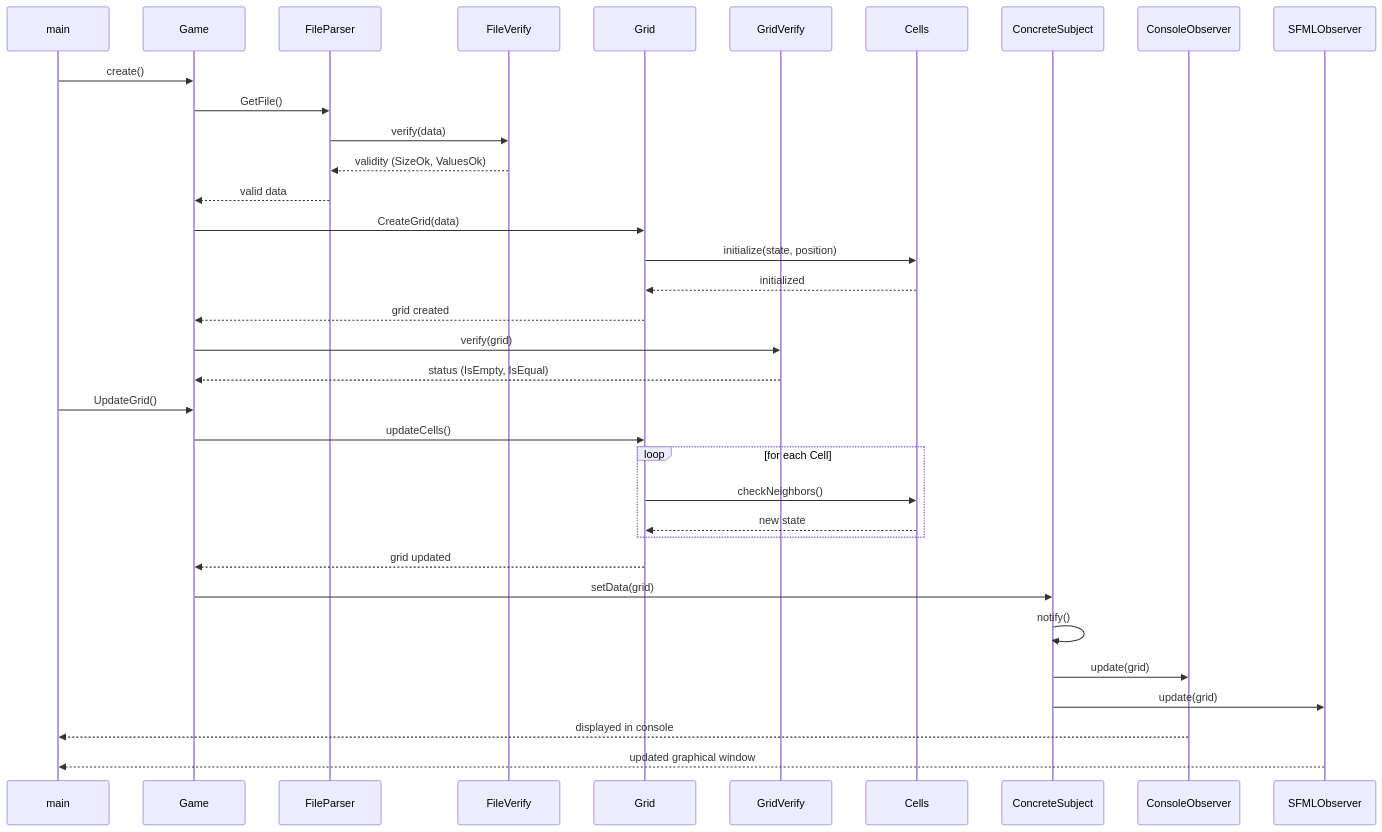
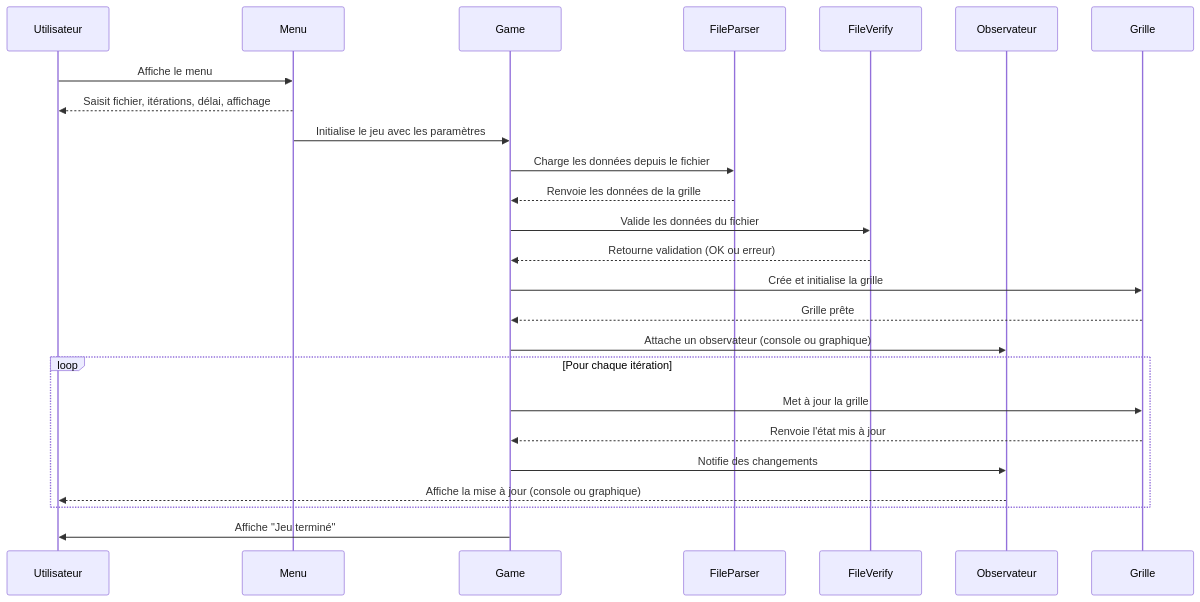
The diagram in Diagrams/SequenceDiagram.mmd (Luis06000/game-of-life), drawn with Mermaid before and after one commit.

Commit message:
Sequence Diagram

```diff
--- a/Diagrams/SequenceDiagram.mmd
+++ b/Diagrams/SequenceDiagram.mmd
@@ -1,47 +1,35 @@
 sequenceDiagram
-    participant main
-    participant Game
-    participant FileParser
-    participant FileVerify
-    participant Grid
-    participant GridVerify
-    participant Cells
-    participant ConcreteSubject
-    participant ConsoleObserver
-    participant SFMLObserver
+    participant User as Utilisateur
+    participant Menu as Menu
+    participant Game as Game
+    participant FileParser as FileParser
+    participant FileVerify as FileVerify
+    participant Observer as Observateur
+    participant Grid as Grille
 
-    %% Étape 1 : Initialisation
-    main ->> Game: create()
-    Game ->> FileParser: GetFile()
-    FileParser ->> FileVerify: verify(data)
-    FileVerify -->> FileParser: validity (SizeOk, ValuesOk)
-    FileParser -->> Game: valid data
+    %% Étape 1 : Interaction utilisateur
+    User ->> Menu: Affiche le menu
+    Menu -->> User: Saisit fichier, itérations, délai, affichage
+    Menu ->> Game: Initialise le jeu avec les paramètres
 
-    %% Étape 2 : Création de la grille
-    Game ->> Grid: CreateGrid(data)
-    Grid ->> Cells: initialize(state, position)
-    Cells -->> Grid: initialized
-    Grid -->> Game: grid created
+    %% Étape 2 : Chargement des données
+    Game ->> FileParser: Charge les données depuis le fichier
+    FileParser -->> Game: Renvoie les données de la grille
+    Game ->> FileVerify: Valide les données du fichier
+    FileVerify -->> Game: Retourne validation (OK ou erreur)
 
-    %% Étape 3 : Vérification de la grille
-    Game ->> GridVerify: verify(grid)
-    GridVerify -->> Game: status (IsEmpty, IsEqual)
+    %% Étape 3 : Initialisation de la grille
+    Game ->> Grid: Crée et initialise la grille
+    Grid -->> Game: Grille prête
+    Game ->> Observer: Attache un observateur (console ou graphique)
 
-    %% Étape 4 : Mise à jour des cellules
-    main ->> Game: UpdateGrid()
-    Game ->> Grid: updateCells()
-    loop for each Cell
-        Grid ->> Cells: checkNeighbors()
-        Cells -->> Grid: new state
+    %% Étape 4 : Exécution d'une itération
+    loop Pour chaque itération
+        Game ->> Grid: Met à jour la grille
+        Grid -->> Game: Renvoie l'état mis à jour
+        Game ->> Observer: Notifie des changements
+        Observer -->> User: Affiche la mise à jour (console ou graphique)
     end
-    Grid -->> Game: grid updated
 
-    %% Étape 5 : Notification des observateurs
-    Game ->> ConcreteSubject: setData(grid)
-    ConcreteSubject ->> ConcreteSubject: notify()
-    ConcreteSubject ->> ConsoleObserver: update(grid)
-    ConcreteSubject ->> SFMLObserver: update(grid)
-
-    %% Étape 6 : Affichage des résultats
-    ConsoleObserver -->> main: displayed in console
-    SFMLObserver -->> main: updated graphical window
+    %% Étape 5 : Fin du jeu
+    Game ->> User: Affiche "Jeu terminé"
```
